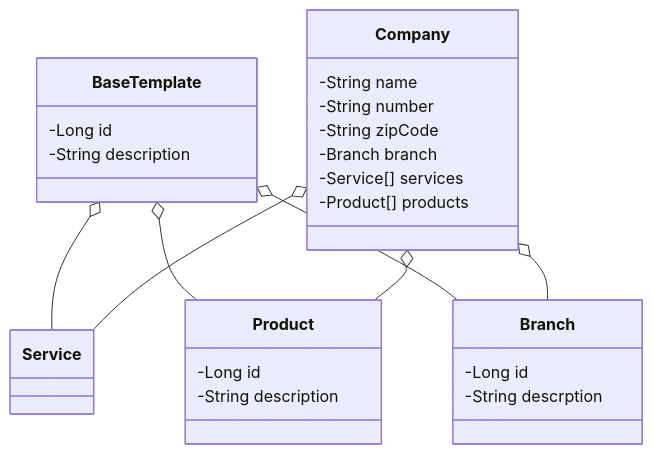
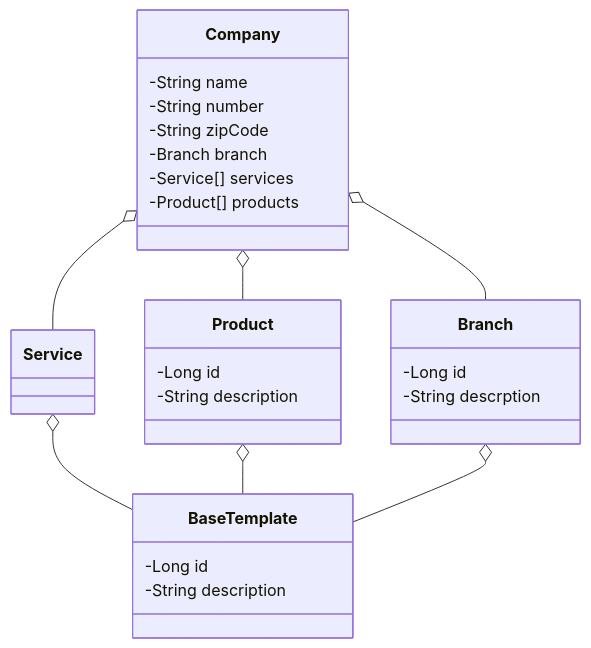
The diagram in README.md (pablof9610/dio-santander-supplier-api), drawn with Mermaid before and after one commit.

Commit message:
update class diagram x2

````diff
--- a/README.md
+++ b/README.md
@@ -5,36 +5,36 @@
 ```mermaid
 classDiagram
     class Company {
         -String name
         -String number
         -String zipCode
         -Branch branch
         -Service[] services
         -Product[] products
     }
 
     class BaseTemplate {
         -Long id
         -String description
     }
 
     class Service {
     }
 
     class Product {
         -Long id
         -String description
     }
 
     class Branch {
         -Long id
         -String descrption
     }
 
-    BaseTemplate o-- Service
-    BaseTemplate o-- Product
-    BaseTemplate o-- Branch
+    Service o-- BaseTemplate
+    Product o-- BaseTemplate
+    Branch o-- BaseTemplate
     Company o-- Service
     Company o-- Product
     Company o-- Branch
 ```
````
